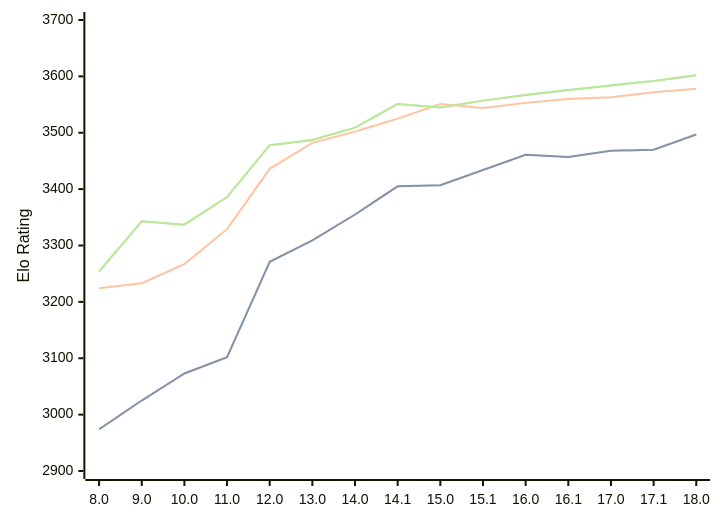
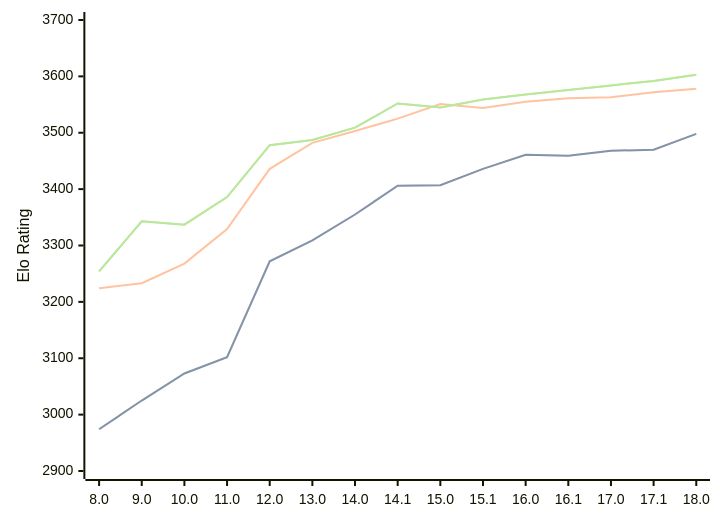
The diagram in engines/Stockfish.md (computer-chess-index/cci), drawn with Mermaid before and after one commit. The commit also changed other lines of this file, not shown here.

Commit message:
Update CCI Ratings (ELO VLTC) - 2026-07-19

````diff
--- a/engines/Stockfish.md
+++ b/engines/Stockfish.md
@@ -46,11 +46,11 @@
 ```mermaid
 %%{init: {"theme":"base","themeVariables":{"seriesColors:['#a3a3a3','#222221','#faa371']}}}%%
 xychart-beta
   x-axis ["8.0", "9.0", "10.0", "11.0", "12.0", "13.0", "14.0", "14.1", "15.0", "15.1", "16.0", "16.1", "17.0", "17.1", "18.0"]
   y-axis "Elo Rating" 2900 --> 3700
-  line "STC (8.0+0.08s)" [2974, 3025, 3073, 3102, 3271, 3309, 3355, 3405, 3407, 3434, 3461, 3457, 3468, 3470, 3497]
-  line "STC (8.0+0.08s)" [2974, 3025, 3073, 3102, 3271, 3309, 3355, 3405, 3407, 3434, 3461, 3457, 3468, 3470, 3497]
-  line "LTC (60.0+0.60s)" [3224, 3233, 3267, 3329, 3436, 3482, 3502, 3525, 3551, 3544, 3553, 3560, 3563, 3572, 3578]
-  line "VLTC (2m24s+1.12s)" [3254, 3343, 3337, 3386, 3478, 3487, 3509, 3551, 3545, 3557, 3567, 3576, 3584, 3592, 3602]
-  line "VLTC (2m24s+1.12s)" [3254, 3343, 3337, 3386, 3478, 3487, 3509, 3551, 3545, 3557, 3567, 3576, 3584, 3592, 3602]
+  line "STC (8.0+0.08s)" [2974, 3025, 3073, 3102, 3272, 3309, 3355, 3406, 3407, 3436, 3461, 3459, 3468, 3470, 3498]
+  line "STC (8.0+0.08s)" [2974, 3025, 3073, 3102, 3272, 3309, 3355, 3406, 3407, 3436, 3461, 3459, 3468, 3470, 3498]
+  line "LTC (60.0+0.60s)" [3224, 3233, 3268, 3329, 3436, 3482, 3503, 3525, 3551, 3544, 3555, 3561, 3563, 3572, 3578]
+  line "VLTC (2m24s+1.12s)" [3254, 3343, 3337, 3386, 3478, 3487, 3509, 3552, 3545, 3559, 3568, 3576, 3584, 3592, 3603]
+  line "VLTC (2m24s+1.12s)" [3254, 3343, 3337, 3386, 3478, 3487, 3509, 3552, 3545, 3559, 3568, 3576, 3584, 3592, 3603]
 ```
````
